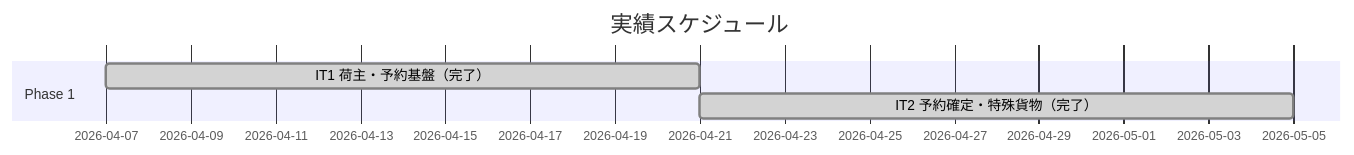
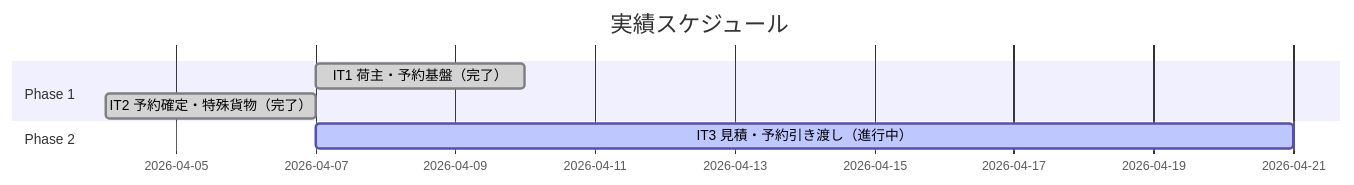
Before and after one commit to k2works/case-study-cargo-tracker: the second of 3 diagrams in docs/development/release_plan.md, drawn with Mermaid. The commit also changed other lines of this file and 2 other files, not shown here.

````diff
--- a/docs/development/release_plan.md
+++ b/docs/development/release_plan.md
@@ -152,8 +152,10 @@
 ```mermaid
 gantt
     title 実績スケジュール
     dateFormat  YYYY-MM-DD
     section Phase 1
-    IT1 荷主・予約基盤（完了）  :done, a1, 2026-04-07, 14d
-    IT2 予約確定・特殊貨物（完了）    :done, a2, 2026-04-21, 14d
+    IT1 荷主・予約基盤（完了）         :done, a1, 2026-04-07, 3d
+    IT2 予約確定・特殊貨物（完了）     :done, a2, 2026-04-04, 3d
+    section Phase 2
+    IT3 見積・予約引き渡し（進行中）   :active, a3, 2026-04-07, 14d
 ```
````
